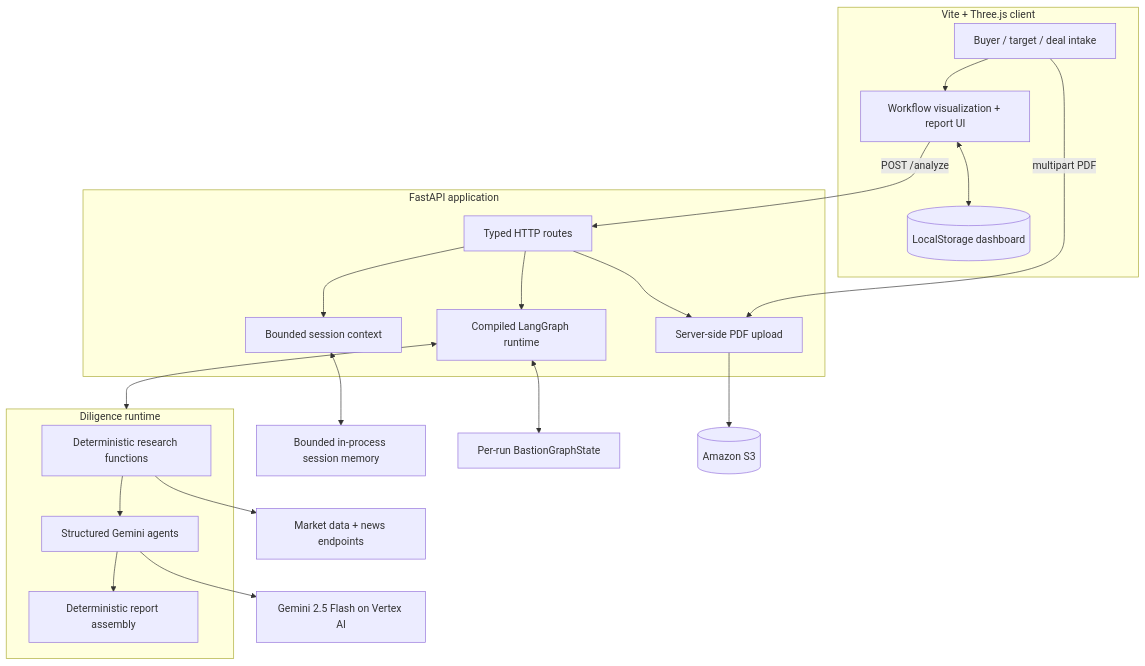
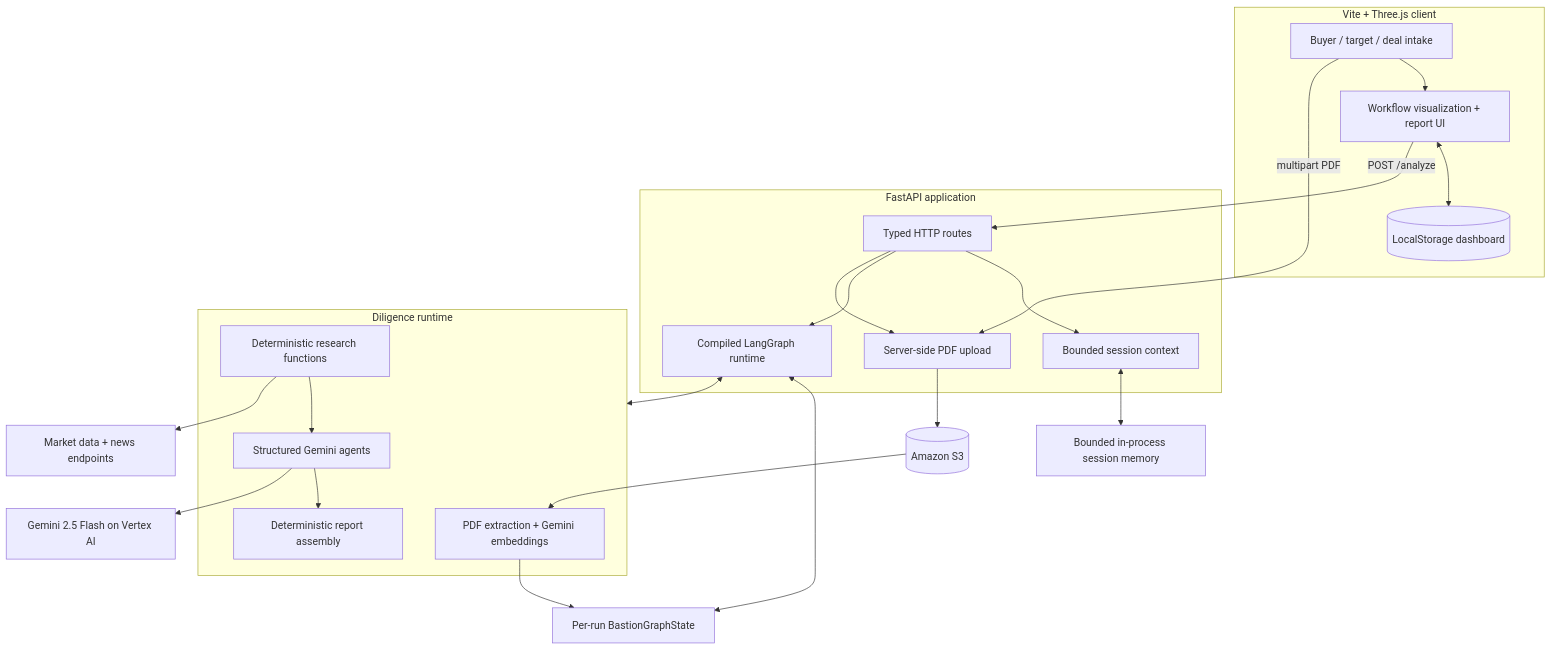
The first of 3 diagrams in README.md (rogerrrmalcolm/Bastion), drawn with Mermaid before and after one commit. The commit also changed other lines of this file and 15 other files, not shown here.

````diff
--- a/README.md
+++ b/README.md
@@ -25,36 +23,38 @@
 ```mermaid
 flowchart TB
     subgraph Browser["Vite + Three.js client"]
         Intake["Buyer / target / deal intake"]
         UI["Workflow visualization + report UI"]
         LocalDash[("LocalStorage dashboard")]
         Intake --> UI
         UI <--> LocalDash
     end
 
     subgraph API["FastAPI application"]
         Routes["Typed HTTP routes"]
         Upload["Server-side PDF upload"]
         Session["Bounded session context"]
         Graph["Compiled LangGraph runtime"]
         Routes --> Session
         Routes --> Graph
         Routes --> Upload
     end
 
     subgraph Runtime["Diligence runtime"]
+        Documents["PDF extraction + Gemini embeddings"]
         Research["Deterministic research functions"]
         Agents["Structured Gemini agents"]
         Report["Deterministic report assembly"]
         Research --> Agents --> Report
     end
 
     UI -->|"POST /analyze"| Routes
     Intake -->|"multipart PDF"| Upload
     Graph <--> Runtime
     Session <--> Memory["Bounded in-process session memory"]
     Graph <--> State["Per-run BastionGraphState"]
     Upload --> S3[("Amazon S3")]
+    S3 --> Documents --> State
     Research --> PublicData["Market data + news endpoints"]
     Agents --> Gemini["Gemini 2.5 Flash on Vertex AI"]
 ```
````
